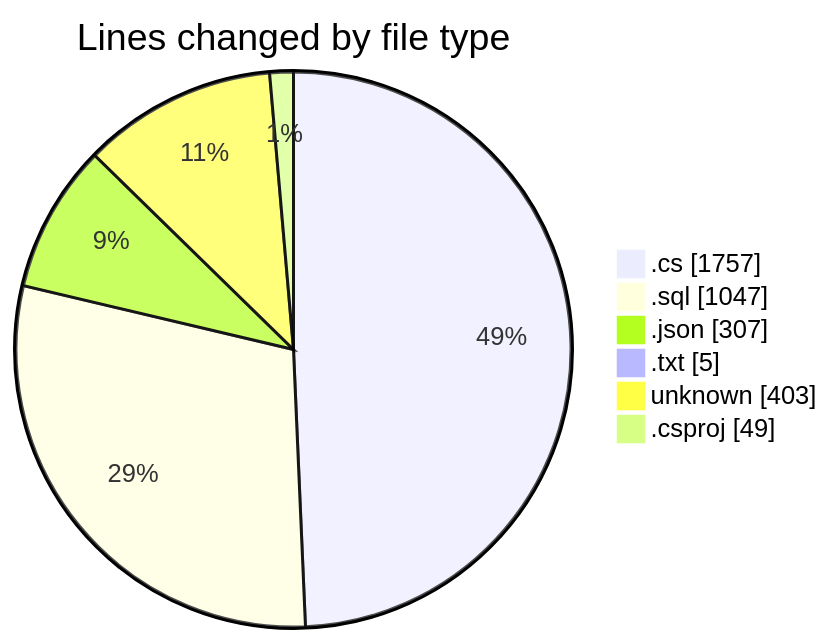
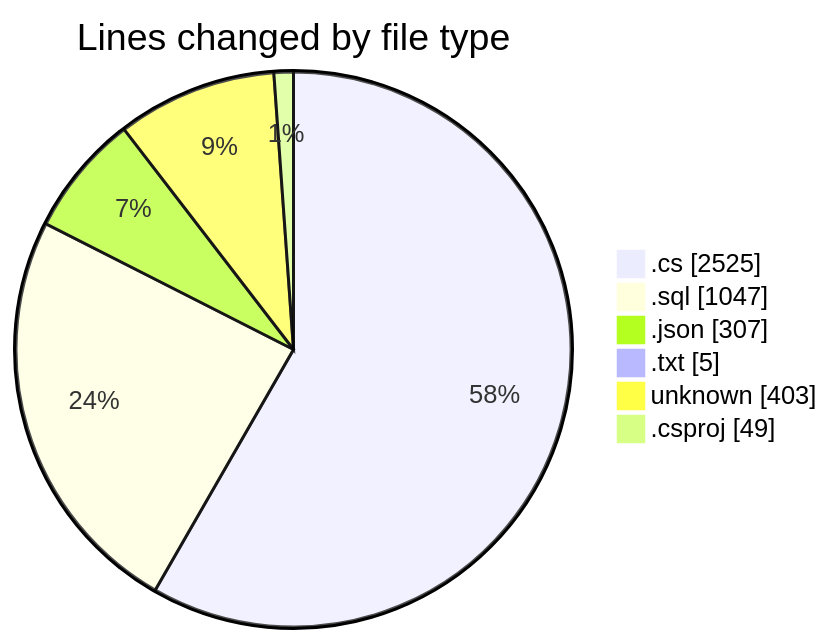
One commit to Netris89/code-tracking changed the first of 2 diagrams in 2025-04-04/back-end/README.md. Above: the diagram before and after it, drawn with Mermaid. The commit also changed other lines of this file and 1 other file, not shown here.

````diff
--- a/2025-04-04/back-end/README.md
+++ b/2025-04-04/back-end/README.md
@@ -35,10 +37,10 @@
 ```mermaid
 pie showData
 title Lines changed by file type
-".cs" : 1757
+".cs" : 2525
 ".sql" : 1047
 ".json" : 307
 ".txt" : 5
 "unknown" : 403
 ".csproj" : 49
 ```
````
